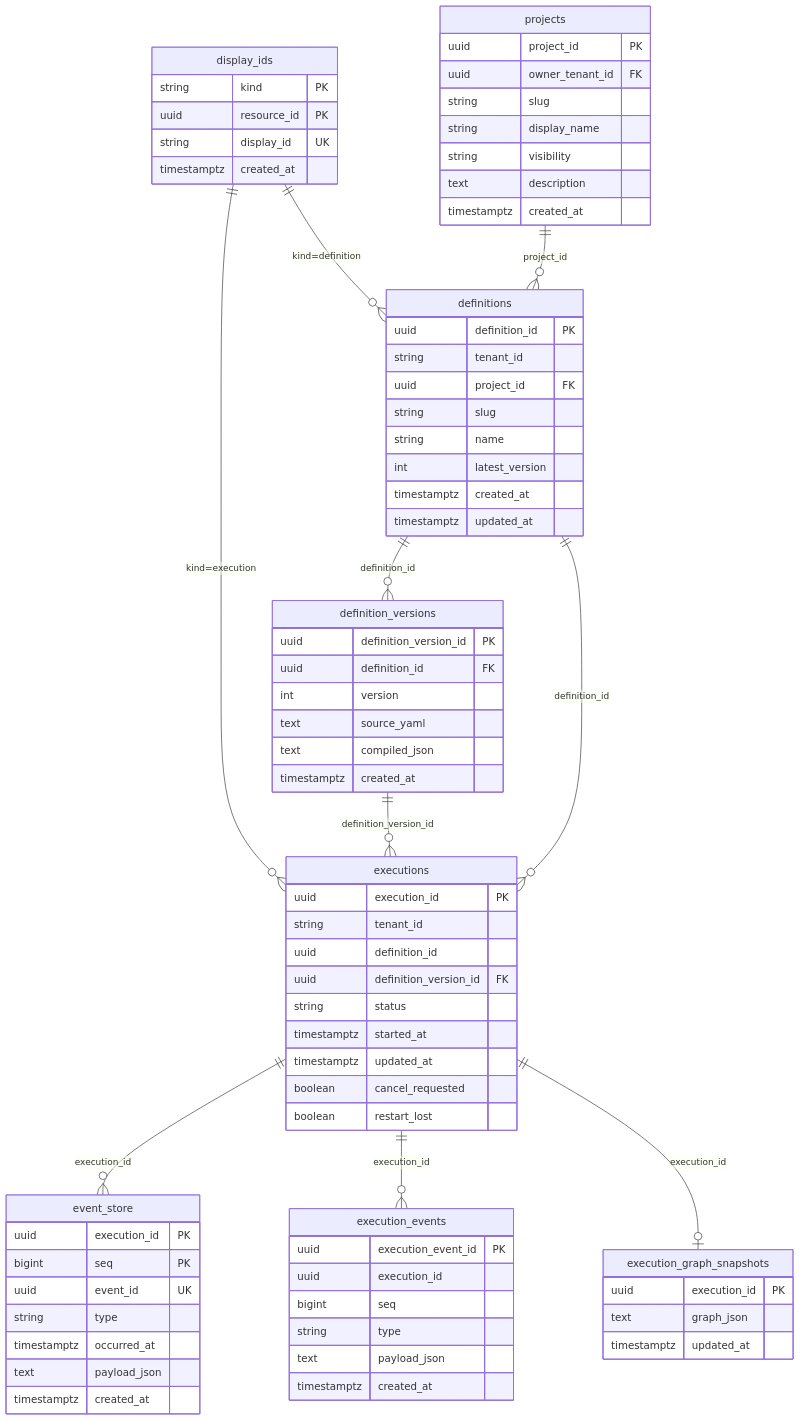
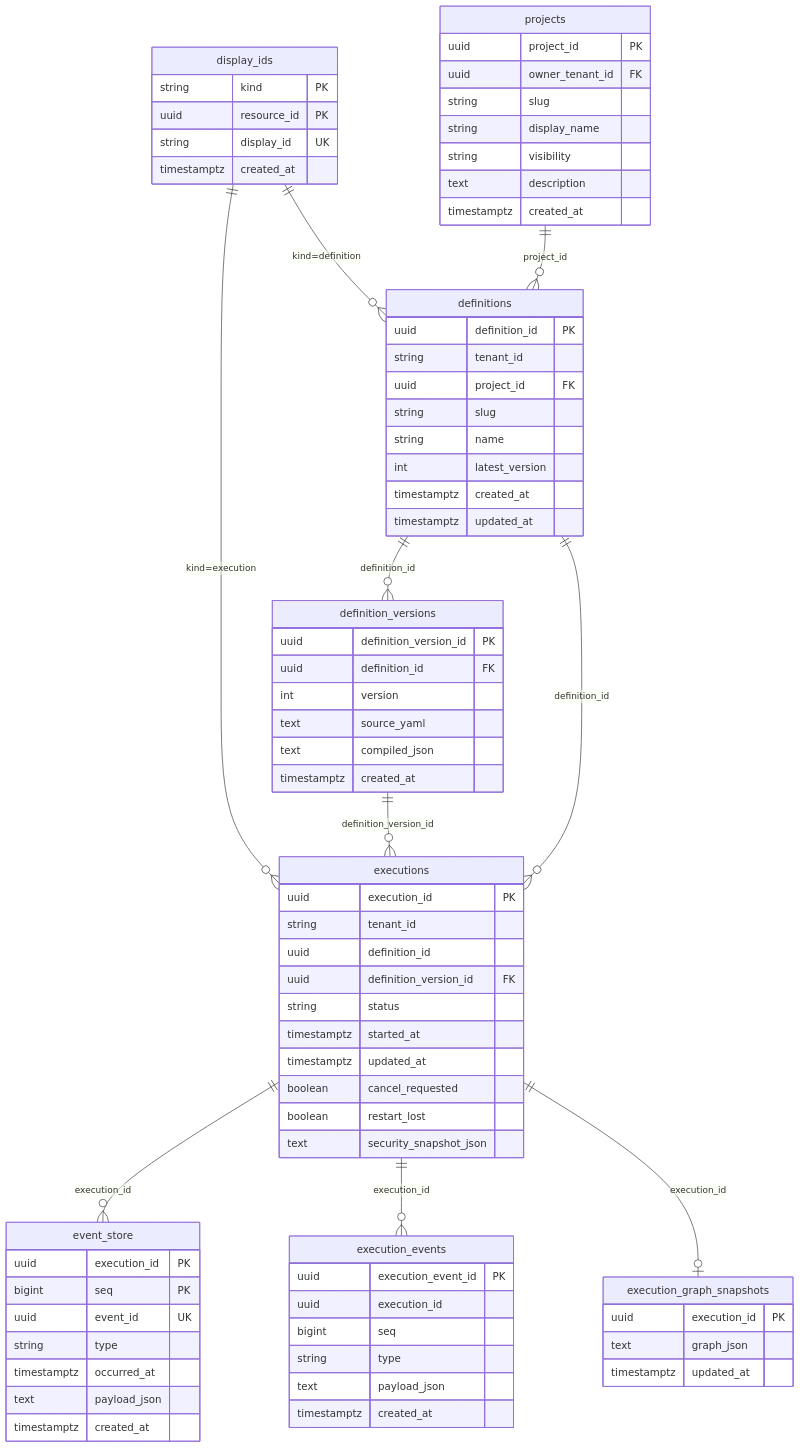
The first of 3 diagrams in docs/statevia-scheme.md (MichiharuShiba/statevia), drawn with Mermaid before and after one commit. The commit also changed other lines of this file and 1 other file, not shown here.

Commit message:
Runtime Security Boundaryのバージョンを1.2.1に更新し、更新日を2026-06-08に変更。テナント識別子のログ出力形式を修正し、Execution Security Snapshotに関する新しいセクションを追加。実行系テーブルのtenant_idをUUIDに統一するマイグレーションに関する情報も更新。

```diff
--- a/docs/statevia-scheme.md
+++ b/docs/statevia-scheme.md
@@ -504,6 +505,7 @@
     timestamptz updated_at
     boolean cancel_requested
     boolean restart_lost
+    text security_snapshot_json
   }
 
   event_store {
```
